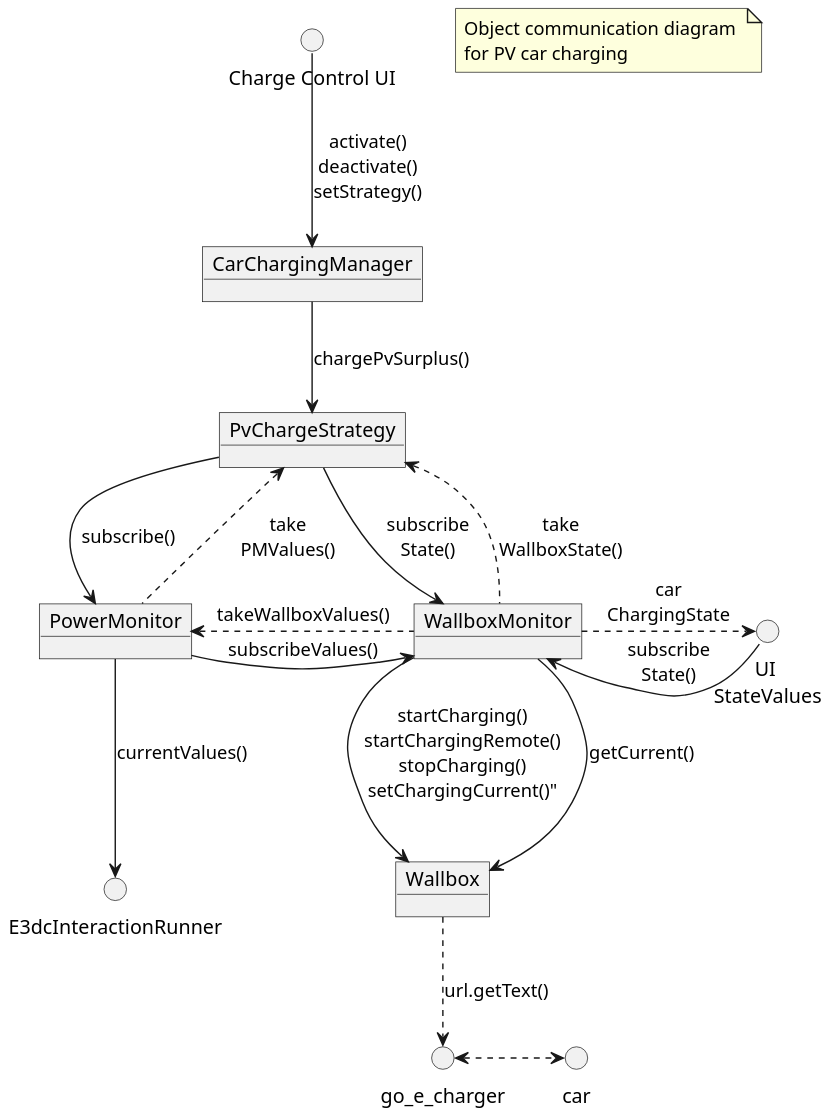
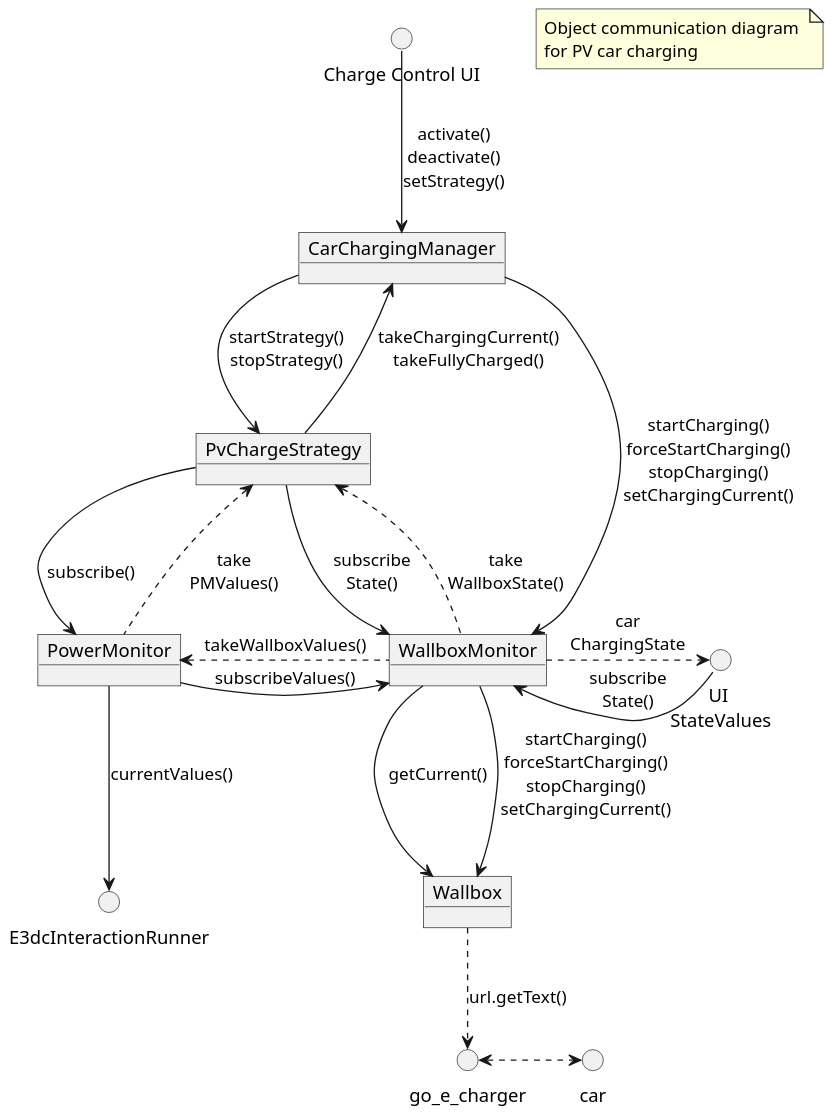
The diagram in src/main/groovy/de/geobe/energy/automation/models/CarChargingComm.puml (geobe/energyControl), drawn with PlantUML before and after one commit. The commit also changed 20 other files, not shown here.

```diff
--- a/src/main/groovy/de/geobe/energy/automation/models/CarChargingComm.puml
+++ b/src/main/groovy/de/geobe/energy/automation/models/CarChargingComm.puml
@@ -1,34 +1,36 @@
 @startuml
 'https://plantuml.com/class-diagram
 scale 1000 width
 note "Object communication diagram \nfor PV car charging" as ntop
 
 object "Wallbox" as wb
 object "WallboxMonitor" as wbm
 object "CarChargingManager" as ccm
 object "PvChargeStrategy" as pcs
 object "PowerMonitor" as pom
 () "Charge Control UI" as ctlui
 () "\tUI\nStateValues" as stui
 () "go_e_charger" as goe
 () "E3dcInteractionRunner" as e3dc
 () car
 
 
 ctlui --> ccm : "activate()\ndeactivate()\nsetStrategy()"
 'goe -up-> wb
 goe <.r.> car : "            "
 wb .d-> goe : "url.getText()"
 wbm -d-> wb : getCurrent()
-wbm -d-> wb : startCharging()\nstartChargingRemote()\nstopCharging()\nsetChargingCurrent()"
+wbm -d-> wb : startCharging()\nforceStartCharging()\nstopCharging()\nsetChargingCurrent()
 pom --> wbm : "subscribeValues()"
 wbm .l.> pom : takeWallboxValues()
 pom --> e3dc : currentValues()
-ccm -d-> pcs : chargePvSurplus()
+ccm -d-> wbm : startCharging()\nforceStartCharging()\nstopCharging()\nsetChargingCurrent()
+ccm -d-> pcs : startStrategy()\nstopStrategy()
+pcs -u-> ccm: takeChargingCurrent()\ntakeFullyCharged()
 pcs -d-> wbm : "subscribe\nState()"
 pcs -d-> pom : "subscribe()"
 pom .u.> pcs : "take\nPMValues()"
 wbm .u-> pcs : "take\nWallboxState()"
 stui -l-> wbm : "subscribe\nState()"
 wbm .-> stui : "car\nChargingState"
 @enduml
```
